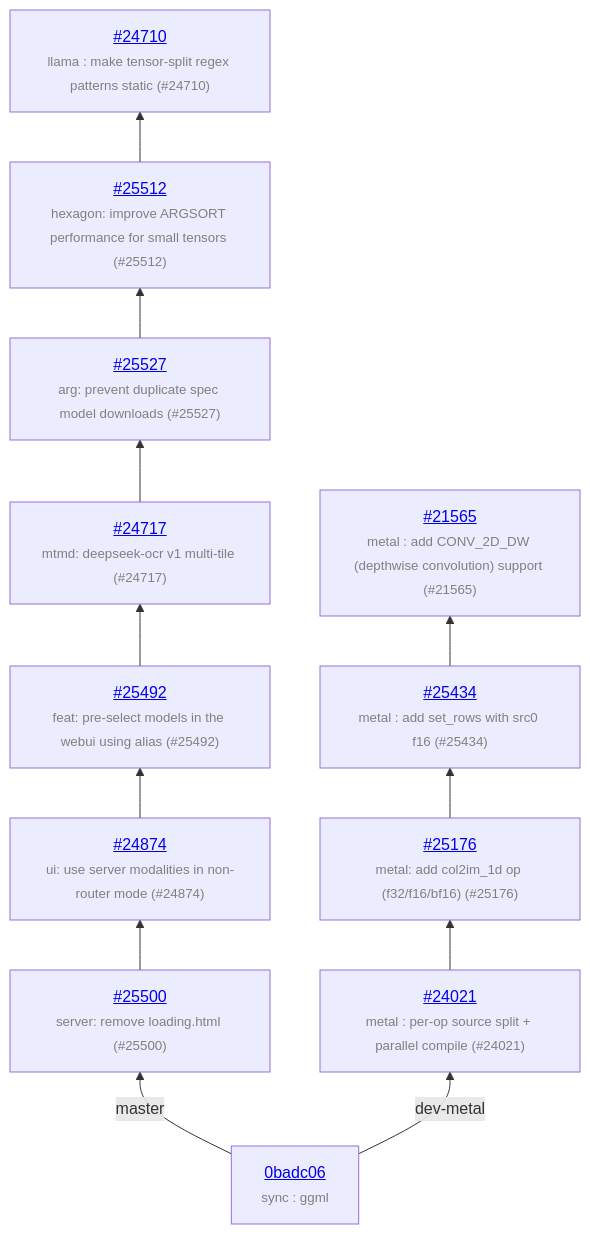
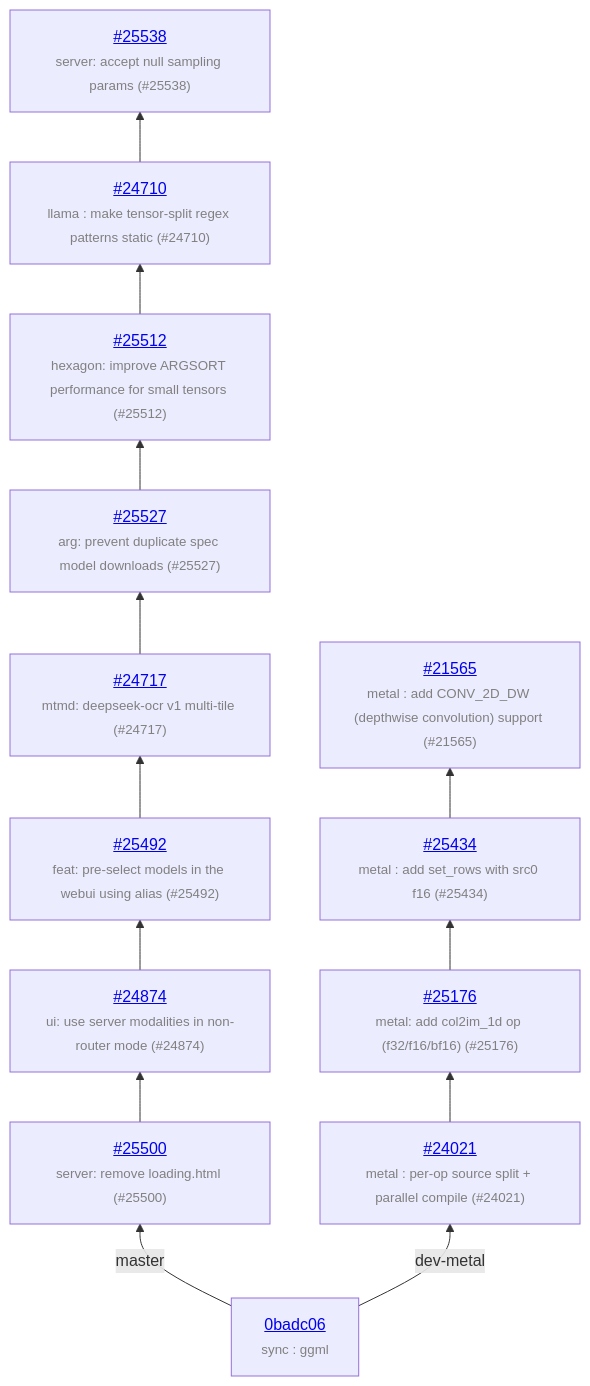
Before and after one commit to ggml-org/llama.cpp-dev: the diagram in README.md, drawn with Mermaid. The commit also changed other lines of this file and 1 other file, not shown here.

Commit message:
auto: update

````diff
--- a/README.md
+++ b/README.md
@@ -13,26 +13,28 @@
 ```mermaid
 graph BT
     COMMON["<a href='https://github.com/ggml-org/llama.cpp/commit/0badc06ab53a8eb96e01242b92ec1365c4465a2a'>0badc06</a><br/><span style='font-size:smaller;color:gray'>sync : ggml</span>"]
     COMMON -->|master| C_a935fbf
     C_a935fbf["<a href='https://github.com/ggml-org/llama.cpp/pull/25500'>#25500</a><br/><span style='font-size:smaller;color:gray'>server: remove loading.html (#25500)</span>"]
     C_a935fbf --> C_9f623c6
     C_9f623c6["<a href='https://github.com/ggml-org/llama.cpp/pull/24874'>#24874</a><br/><span style='font-size:smaller;color:gray'>ui: use server modalities in non-router mode (#24874)</span>"]
     C_9f623c6 --> C_07d9378
     C_07d9378["<a href='https://github.com/ggml-org/llama.cpp/pull/25492'>#25492</a><br/><span style='font-size:smaller;color:gray'>feat: pre-select models in the webui using alias (#25492)</span>"]
     C_07d9378 --> C_3e706dd
     C_3e706dd["<a href='https://github.com/ggml-org/llama.cpp/pull/24717'>#24717</a><br/><span style='font-size:smaller;color:gray'>mtmd: deepseek-ocr v1 multi-tile (#24717)</span>"]
     C_3e706dd --> C_22b69b6
     C_22b69b6["<a href='https://github.com/ggml-org/llama.cpp/pull/25527'>#25527</a><br/><span style='font-size:smaller;color:gray'>arg: prevent duplicate spec model downloads (#25527)</span>"]
     C_22b69b6 --> C_67776ea
     C_67776ea["<a href='https://github.com/ggml-org/llama.cpp/pull/25512'>#25512</a><br/><span style='font-size:smaller;color:gray'>hexagon: improve ARGSORT performance for small tensors (#25512)</span>"]
     C_67776ea --> C_c749cb0
     C_c749cb0["<a href='https://github.com/ggml-org/llama.cpp/pull/24710'>#24710</a><br/><span style='font-size:smaller;color:gray'>llama : make tensor-split regex patterns static (#24710)</span>"]
+    C_c749cb0 --> C_4f37f51
+    C_4f37f51["<a href='https://github.com/ggml-org/llama.cpp/pull/25538'>#25538</a><br/><span style='font-size:smaller;color:gray'>server: accept null sampling params (#25538)</span>"]
     COMMON -->|dev-metal| C_3835214
     C_3835214["<a href='https://github.com/ggml-org/llama.cpp/pull/24021'>#24021</a><br/><span style='font-size:smaller;color:gray'>metal : per-op source split + parallel compile (#24021)</span>"]
     C_3835214 --> C_de75555
     C_de75555["<a href='https://github.com/ggml-org/llama.cpp/pull/25176'>#25176</a><br/><span style='font-size:smaller;color:gray'>metal: add col2im_1d op (f32/f16/bf16) (#25176)</span>"]
     C_de75555 --> C_e3ea5de
     C_e3ea5de["<a href='https://github.com/ggml-org/llama.cpp/pull/25434'>#25434</a><br/><span style='font-size:smaller;color:gray'>metal : add set_rows with src0 f16 (#25434)</span>"]
     C_e3ea5de --> C_65dd913
     C_65dd913["<a href='https://github.com/ggml-org/llama.cpp/pull/21565'>#21565</a><br/><span style='font-size:smaller;color:gray'>metal : add CONV_2D_DW (depthwise convolution) support (#21565)</span>"]
 ```
````
